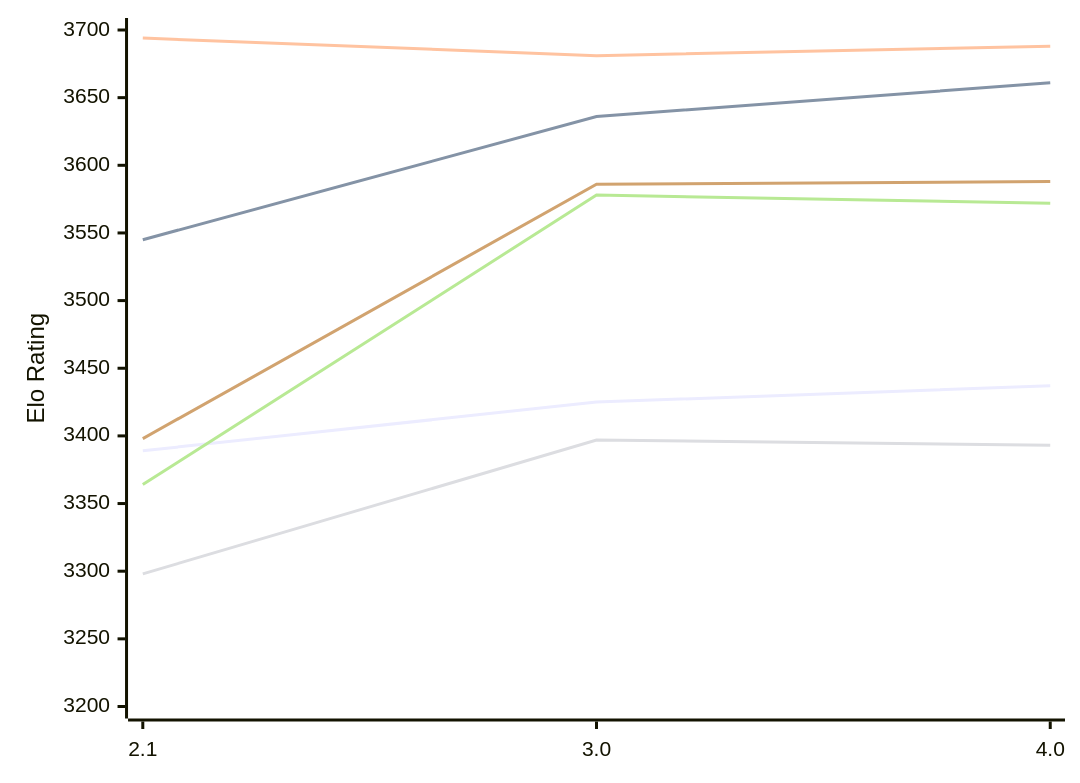
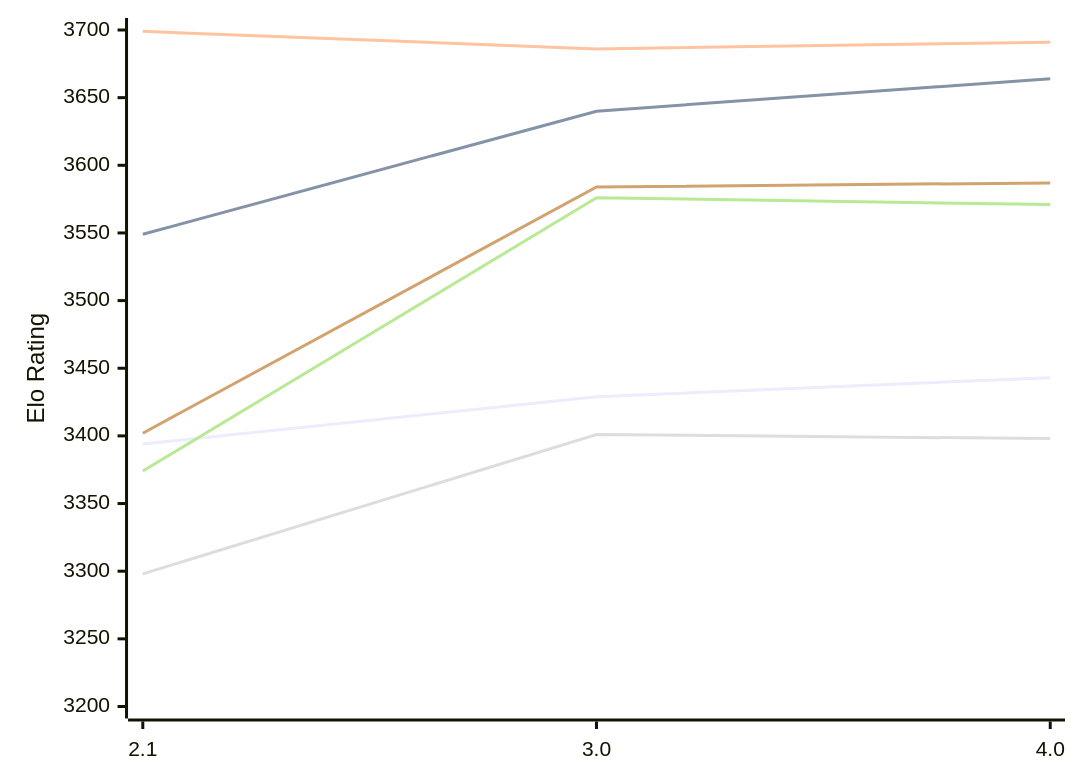
One commit to computer-chess-index/cci changed the first of 2 diagrams in engines/Hobbes.md. Above: the diagram before and after it, drawn with Mermaid. The commit also changed other lines of this file, not shown here.

Commit message:
Update CCI Ratings (ELO VLTC) - 2026-11-20

````diff
--- a/engines/Hobbes.md
+++ b/engines/Hobbes.md
@@ -53,12 +53,12 @@
 ```mermaid
 %%{init: {"theme":"base","themeVariables":{"seriesColors:['#a3a3a3','#222221','#faa371']}}}%%
 xychart-beta
   x-axis ["2.1", "3.0", "4.0"]
   y-axis "Elo Rating" 3200 --> 3700
-  line "E1: STC (8.0+0.08s)" [3389, 3425, 3437]
-  line "E1: LTC (60.0+0.60s)" [3545, 3636, 3661]
-  line "E1: VLTC (2m24s+1.12s)" [3694, 3681, 3688]
-  line "P1: STC (8.0+0.08s)" [3298, 3397, 3393]
-  line "P1: LTC (60.0+0.60s)" [3364, 3578, 3572]
-  line "P1: VLTC (2m24s+1.12s)" [3398, 3586, 3588]
+  line "E1: STC (8.0+0.08s)" [3394, 3429, 3443]
+  line "E1: LTC (60.0+0.60s)" [3549, 3640, 3664]
+  line "E1: VLTC (2m24s+1.12s)" [3699, 3686, 3691]
+  line "P1: STC (8.0+0.08s)" [3298, 3401, 3398]
+  line "P1: LTC (60.0+0.60s)" [3374, 3576, 3571]
+  line "P1: VLTC (2m24s+1.12s)" [3402, 3584, 3587]
 ```
````
